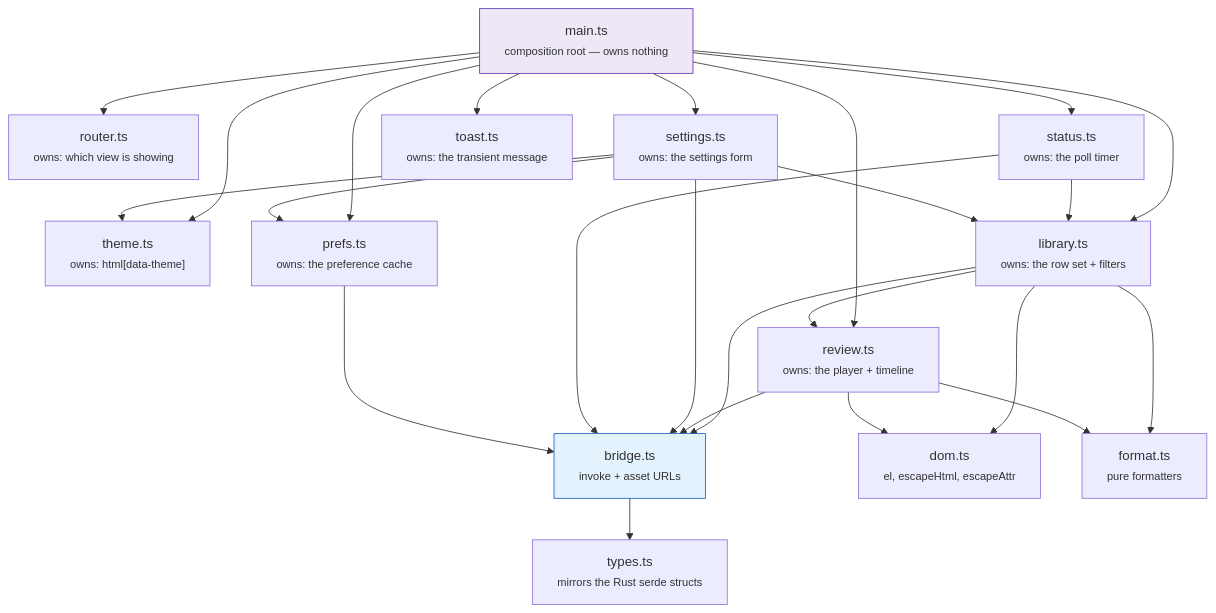
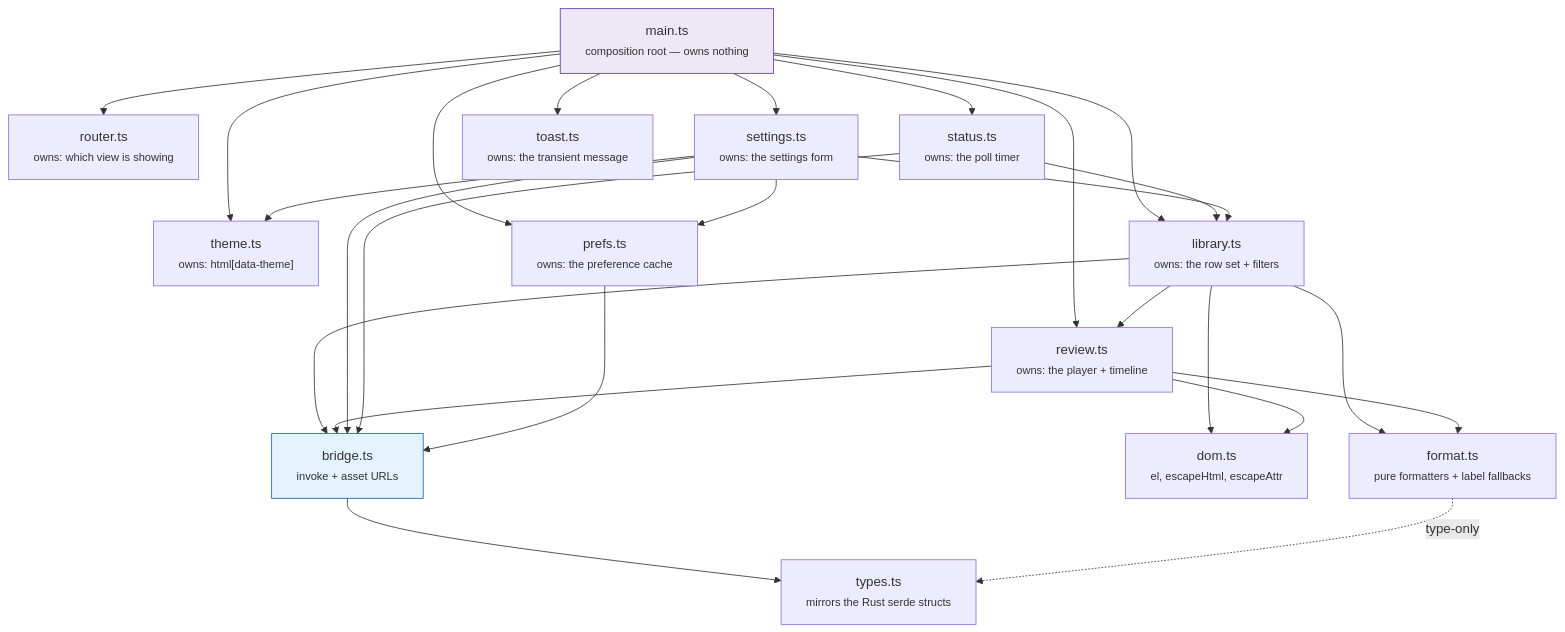
One commit to NinjaGoldfinch/ninja-recorder changed the first of 4 diagrams in docs/frontend.md. Above: the diagram before and after it, drawn with Mermaid. The commit also changed other lines of this file and 3 other files, not shown here.

````diff
--- a/docs/frontend.md
+++ b/docs/frontend.md
@@ -13,42 +13,43 @@
 ```mermaid
 flowchart TB
     MAIN["main.ts<br/><small>composition root — owns nothing</small>"]
     ROUTER["router.ts<br/><small>owns: which view is showing</small>"]
     THEME["theme.ts<br/><small>owns: html[data-theme]</small>"]
     PREFS["prefs.ts<br/><small>owns: the preference cache</small>"]
     STATUS["status.ts<br/><small>owns: the poll timer</small>"]
     LIB["library.ts<br/><small>owns: the row set + filters</small>"]
     REVIEW["review.ts<br/><small>owns: the player + timeline</small>"]
     SETTINGS["settings.ts<br/><small>owns: the settings form</small>"]
     TOAST["toast.ts<br/><small>owns: the transient message</small>"]
     BRIDGE["bridge.ts<br/><small>invoke + asset URLs</small>"]
     DOM["dom.ts<br/><small>el, escapeHtml, escapeAttr</small>"]
-    FMT["format.ts<br/><small>pure formatters</small>"]
+    FMT["format.ts<br/><small>pure formatters + label fallbacks</small>"]
     TYPES["types.ts<br/><small>mirrors the Rust serde structs</small>"]
 
     MAIN --> ROUTER
     MAIN --> THEME
     MAIN --> PREFS
     MAIN --> STATUS
     MAIN --> LIB
     MAIN --> REVIEW
     MAIN --> SETTINGS
     MAIN --> TOAST
     STATUS --> LIB
     SETTINGS --> LIB
     SETTINGS --> THEME
     SETTINGS --> PREFS
     LIB --> REVIEW
     LIB --> BRIDGE
     REVIEW --> BRIDGE
     SETTINGS --> BRIDGE
     STATUS --> BRIDGE
     PREFS --> BRIDGE
     LIB --> FMT
     REVIEW --> FMT
     LIB --> DOM
     REVIEW --> DOM
     BRIDGE --> TYPES
+    FMT -.->|"type-only"| TYPES
     style MAIN fill:#ede7f6,stroke:#5e35b1
     style BRIDGE fill:#e3f2fd,stroke:#1565c0
 ```
````
